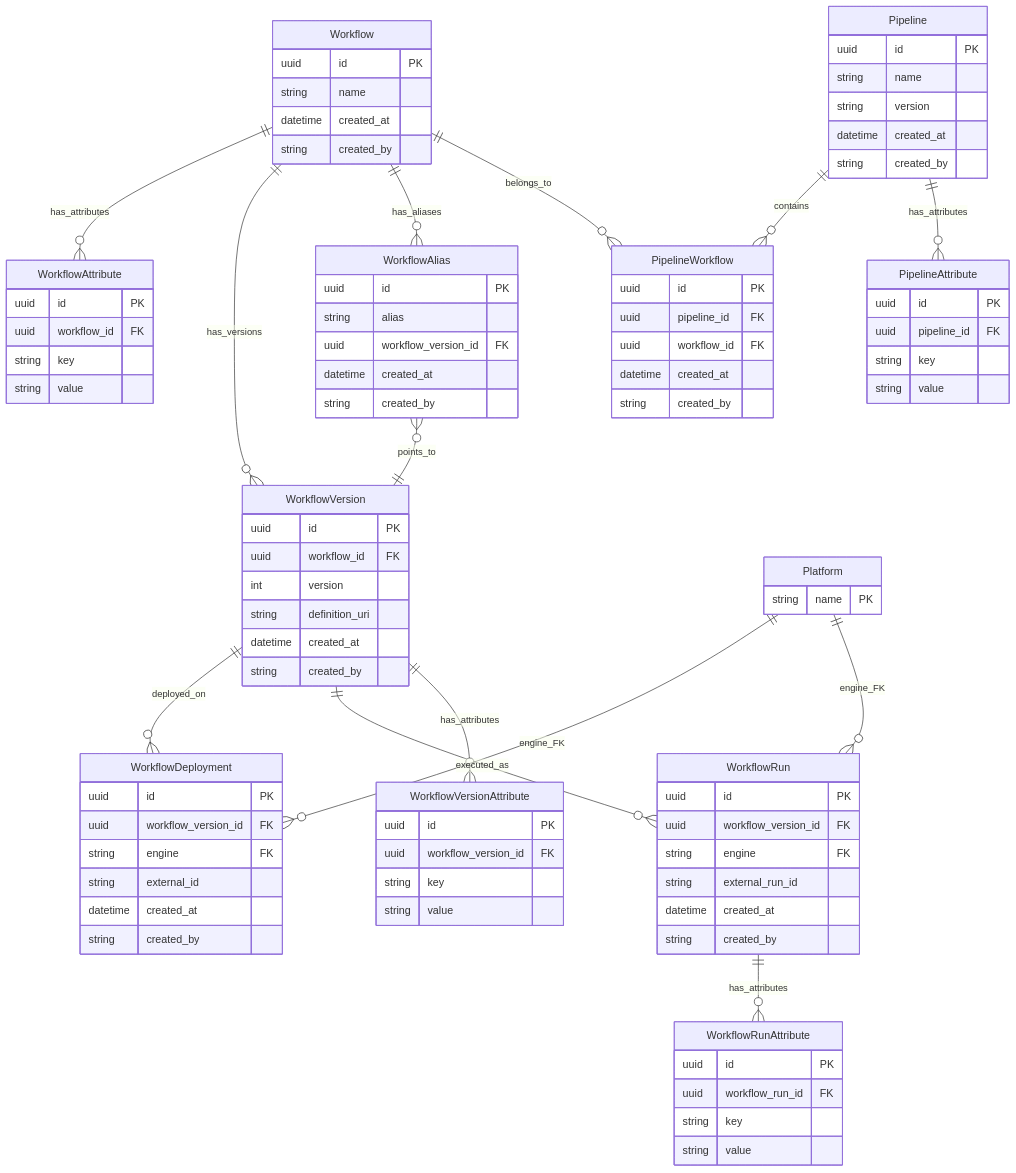
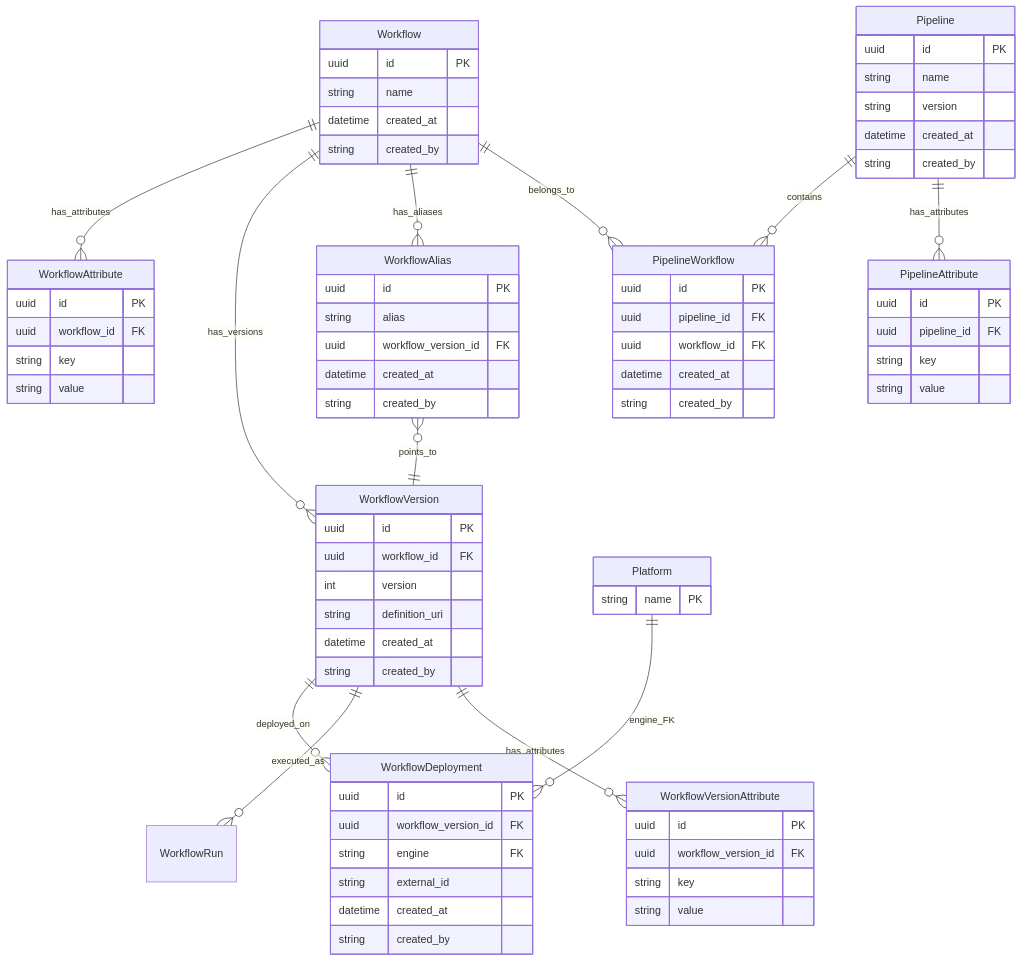
One commit to NGS360/APIServer changed the diagram in docs/WORKFLOWS_AND_PIPELINES.md. Above: the diagram before and after it, drawn with Mermaid. The commit also changed other lines of this file, not shown here.

Commit message:
Remove WorkflowRun and WorkflowRunAttribute as they belong in GA4GH WES API

```diff
--- a/docs/WORKFLOWS_AND_PIPELINES.md
+++ b/docs/WORKFLOWS_AND_PIPELINES.md
@@ -30,8 +29,6 @@
     WorkflowVersion ||--o{ WorkflowRun : executed_as
     WorkflowVersion ||--o{ WorkflowVersionAttribute : has_attributes
     Platform ||--o{ WorkflowDeployment : engine_FK
-    Platform ||--o{ WorkflowRun : engine_FK
-    WorkflowRun ||--o{ WorkflowRunAttribute : has_attributes
 
     Pipeline ||--o{ PipelineWorkflow : contains
     Workflow ||--o{ PipelineWorkflow : belongs_to
@@ -88,22 +85,6 @@
         string created_by
     }
 
-    WorkflowRun {
-        uuid id PK
-        uuid workflow_version_id FK
-        string engine FK
-        string external_run_id
-        datetime created_at
-        string created_by
-    }
-
-    WorkflowRunAttribute {
-        uuid id PK
-        uuid workflow_run_id FK
-        string key
-        string value
-    }
-
     Pipeline {
         uuid id PK
         string name
```
